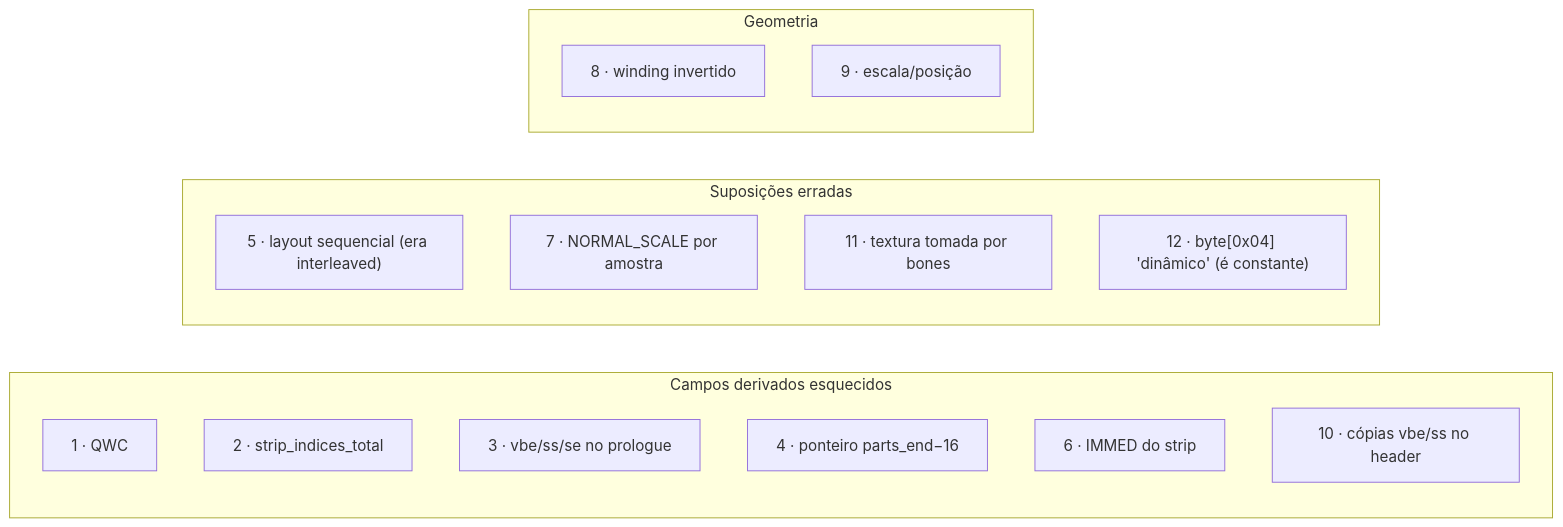
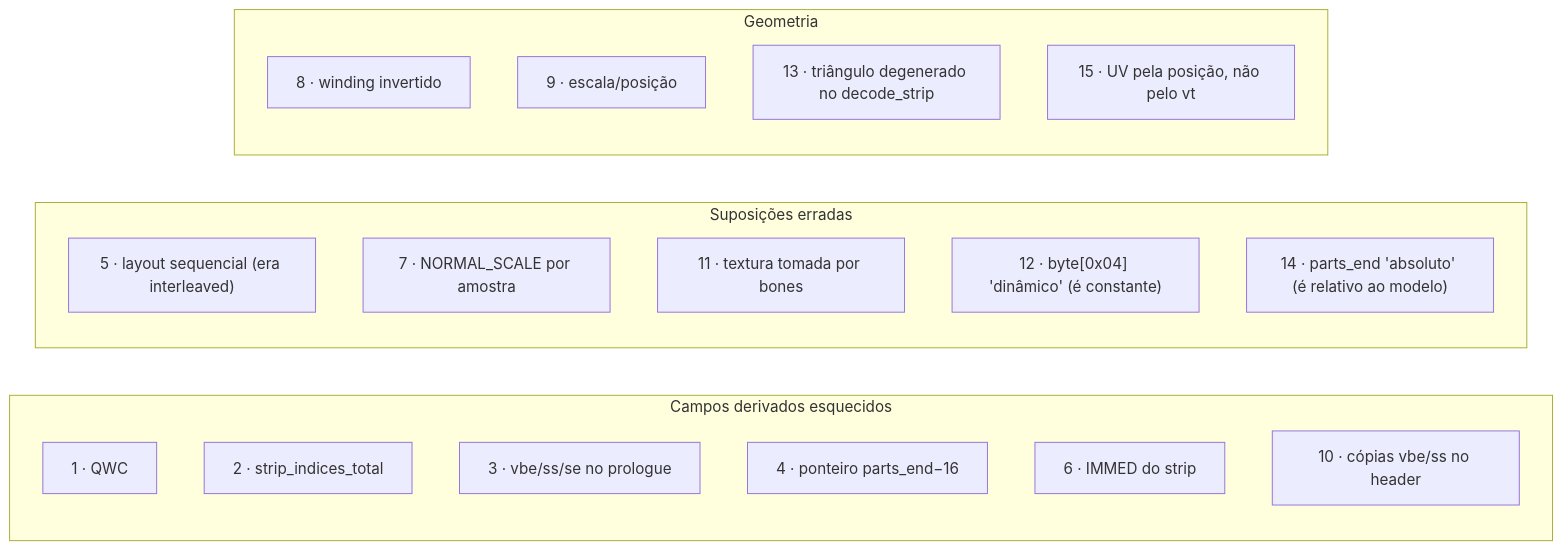
One commit to FVitor7/wepes3d changed the first of 2 diagrams in docs/06-bugs-historicos.md. Above: the diagram before and after it, drawn with Mermaid. The commit also changed other lines of this file and 18 other files, not shown here.

````diff
--- a/docs/06-bugs-historicos.md
+++ b/docs/06-bugs-historicos.md
@@ -8,21 +8,24 @@
 ```mermaid
 flowchart LR
     subgraph CAMPOS["Campos derivados esquecidos"]
         B1["1 · QWC"]
         B2["2 · strip_indices_total"]
         B3["3 · vbe/ss/se no prologue"]
         B4["4 · ponteiro parts_end−16"]
         B6["6 · IMMED do strip"]
         B10["10 · cópias vbe/ss no header"]
     end
     subgraph SUPOSICAO["Suposições erradas"]
         B5["5 · layout sequencial (era interleaved)"]
         B7["7 · NORMAL_SCALE por amostra"]
         B11["11 · textura tomada por bones"]
         B12["12 · byte[0x04] 'dinâmico' (é constante)"]
+        B14["14 · parts_end 'absoluto' (é relativo ao modelo)"]
     end
     subgraph GEOM["Geometria"]
         B8["8 · winding invertido"]
         B9["9 · escala/posição"]
+        B13["13 · triângulo degenerado no decode_strip"]
+        B15["15 · UV pela posição, não pelo vt"]
     end
 ```
````
